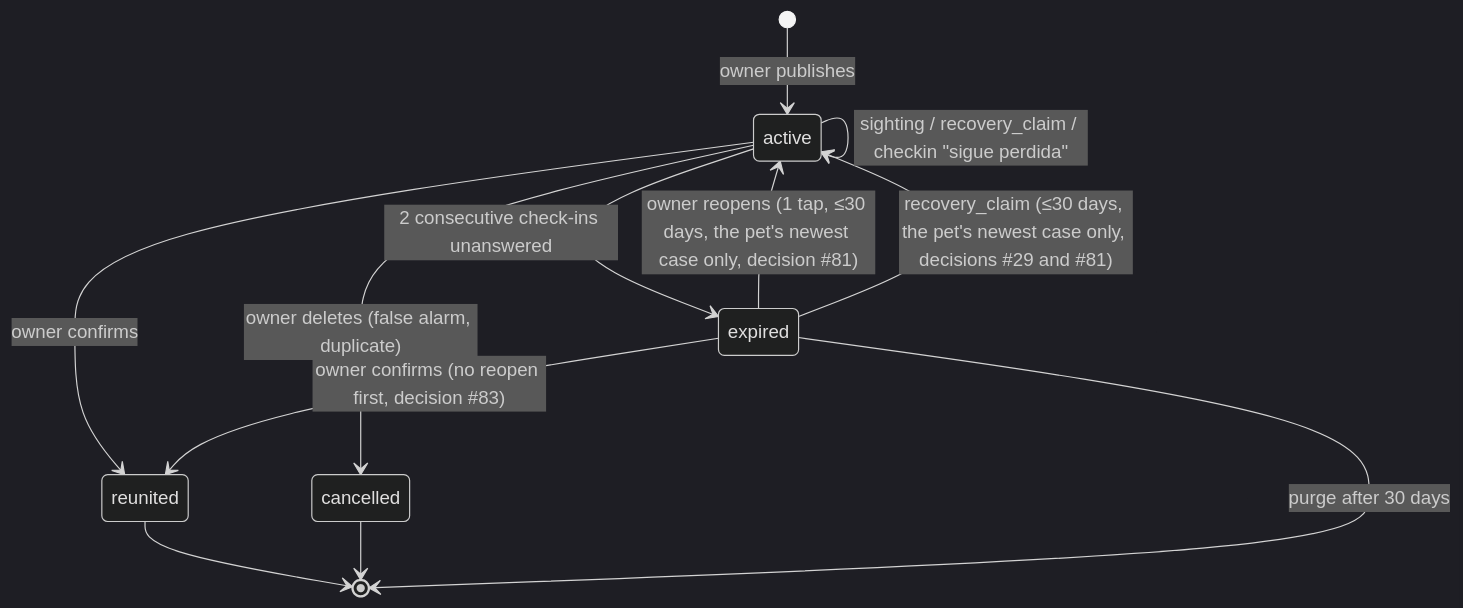
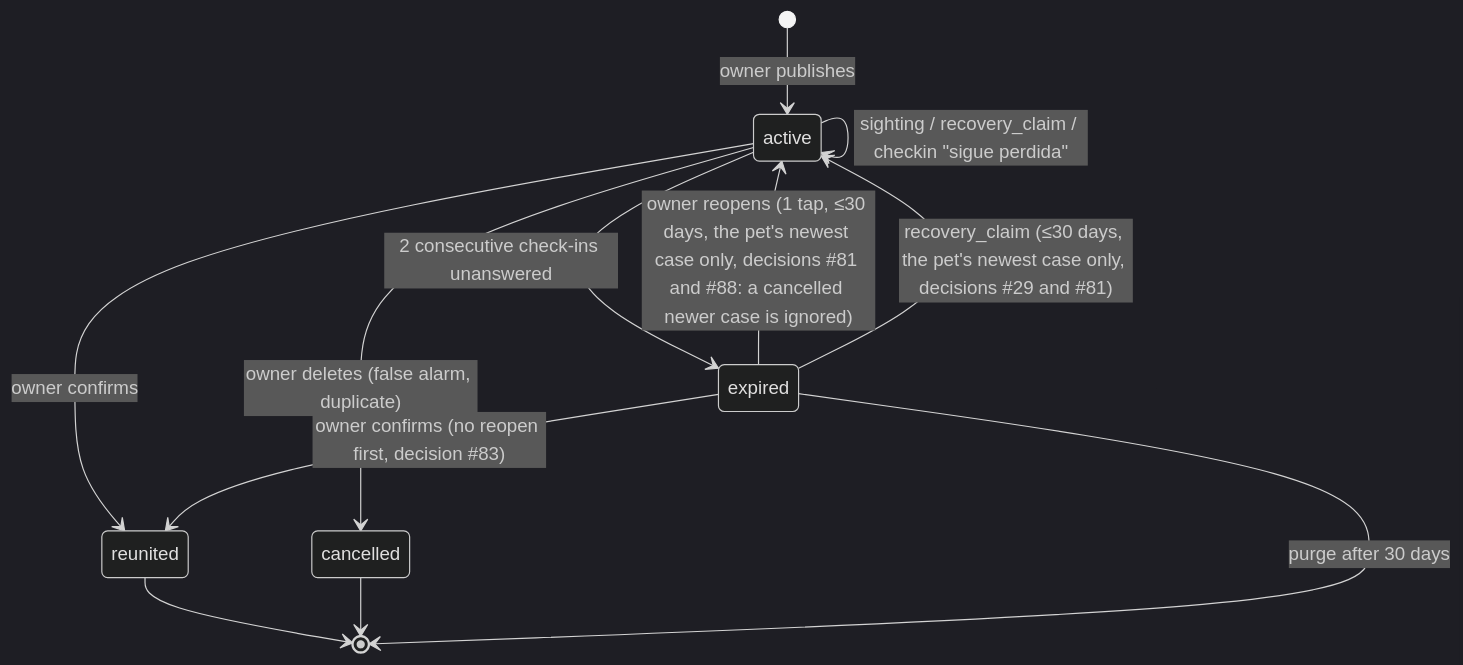
One commit to scubyDevTeam/scuby changed the diagram in docs/product/04-lost-workflow.md. Above: the diagram before and after it, drawn with Mermaid (dark theme). The commit also changed other lines of this file and 2 other files, not shown here.

Commit message:
doc: decision 88 amends 81 (cancelled cases do not supersede); mock difference

````diff
--- a/docs/product/04-lost-workflow.md
+++ b/docs/product/04-lost-workflow.md
@@ -374,14 +374,14 @@
 ```mermaid
 stateDiagram-v2
     [*] --> active: owner publishes
     active --> active: sighting / recovery_claim / checkin "sigue perdida"
     active --> reunited: owner confirms
     expired --> reunited: owner confirms (no reopen first, decision #83)
     active --> expired: 2 consecutive check-ins unanswered
     active --> cancelled: owner deletes (false alarm, duplicate)
-    expired --> active: owner reopens (1 tap, ≤30 days, the pet's newest case only, decision #81)
+    expired --> active: owner reopens (1 tap, ≤30 days, the pet's newest case only, decisions #81 and #88: a cancelled newer case is ignored)
     expired --> active: recovery_claim (≤30 days, the pet's newest case only, decisions #29 and #81)
     reunited --> [*]
     cancelled --> [*]
     expired --> [*]: purge after 30 days
 ```
````
